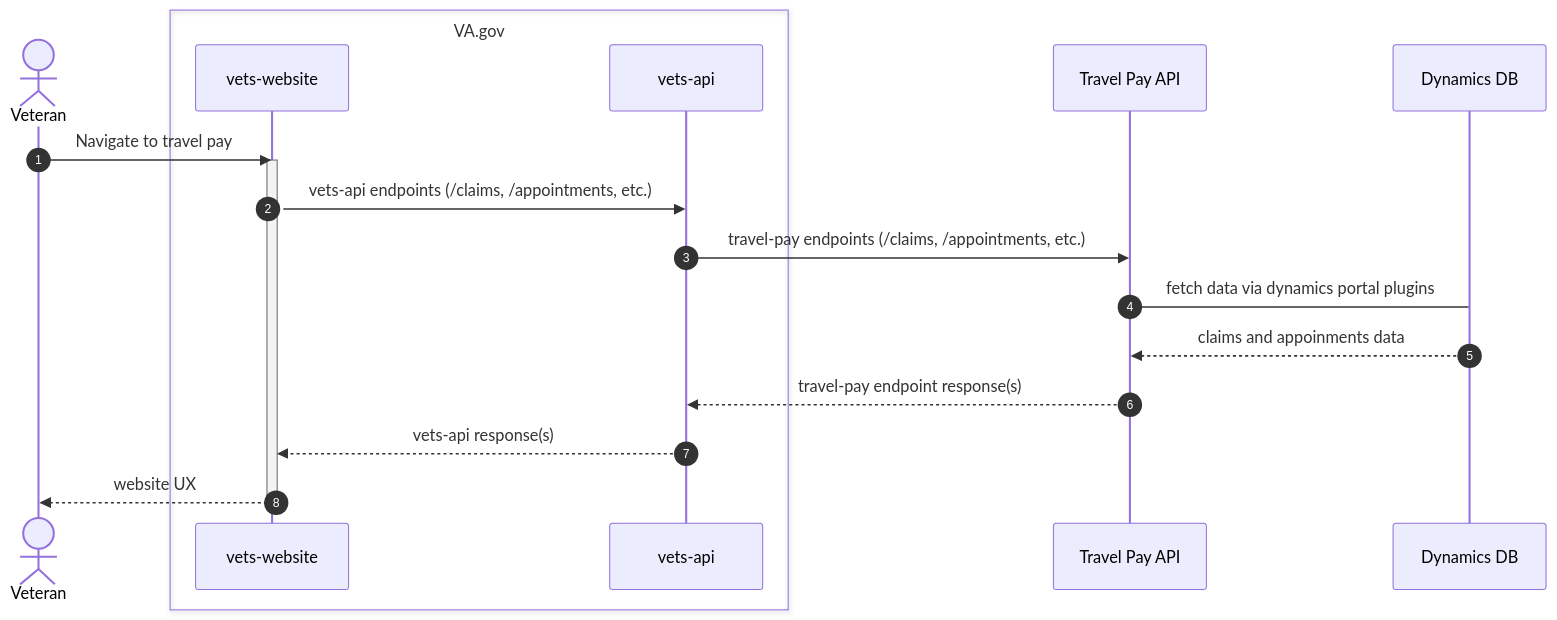
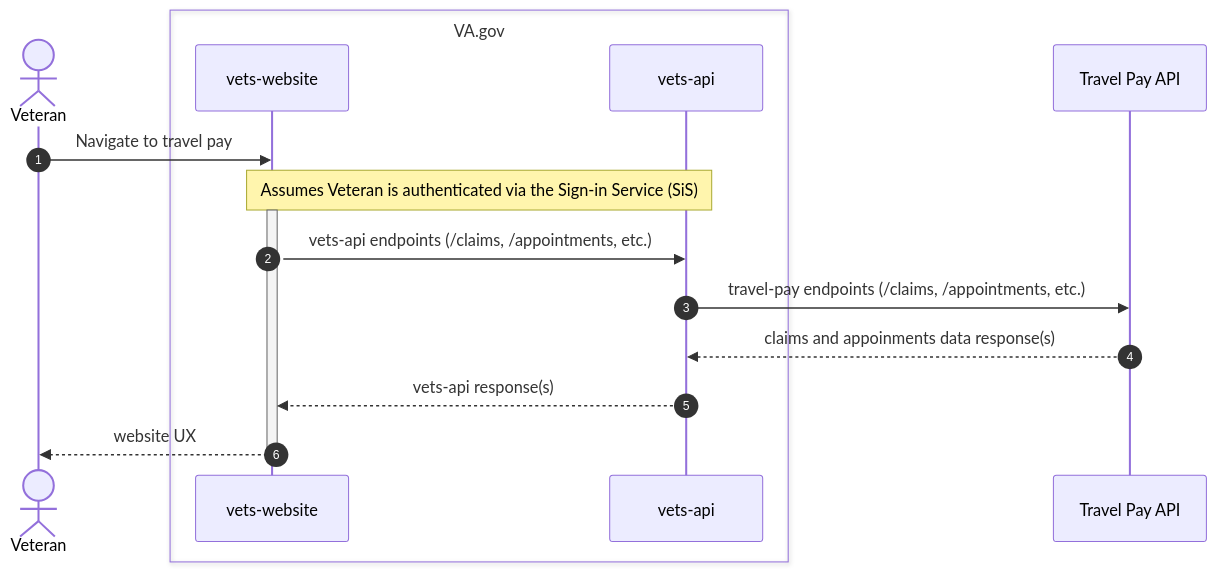
Before and after one commit to department-of-veterans-affairs/va.gov-team: the diagram in products/health-care/beneficiary-travel/engineering/data-flow-sequence-diagram.md, drawn with Mermaid.

Commit message:
Update diagram, remove Dynamics DB actor

````diff
--- a/products/health-care/beneficiary-travel/engineering/data-flow-sequence-diagram.md
+++ b/products/health-care/beneficiary-travel/engineering/data-flow-sequence-diagram.md
@@ -3,27 +3,27 @@
 ```mermaid
 sequenceDiagram
 autonumber
 actor veteran as Veteran
 box VA.gov
 participant vets-website
 participant vets-api
 end
 participant travel-pay-api as Travel Pay API
-participant dynamics-db as Dynamics DB
+
 
 veteran->>vets-website: Navigate to travel pay
+
+Note over vets-website, vets-api: Assumes Veteran is authenticated via the Sign-in Service (SiS)
 
 activate vets-website
 
 vets-website->>vets-api: vets-api endpoints (/claims, /appointments, etc.)
 vets-api->>travel-pay-api: travel-pay endpoints (/claims, /appointments, etc.)
-travel-pay-api->dynamics-db: fetch data via dynamics portal plugins
 
-dynamics-db-->>travel-pay-api: claims and appoinments data
-travel-pay-api-->>vets-api: travel-pay endpoint response(s)
+travel-pay-api-->>vets-api: claims and appoinments data response(s)
 vets-api-->>vets-website: vets-api response(s)
 
 vets-website-->>veteran: website UX
 
 deactivate vets-website
 ```
````
